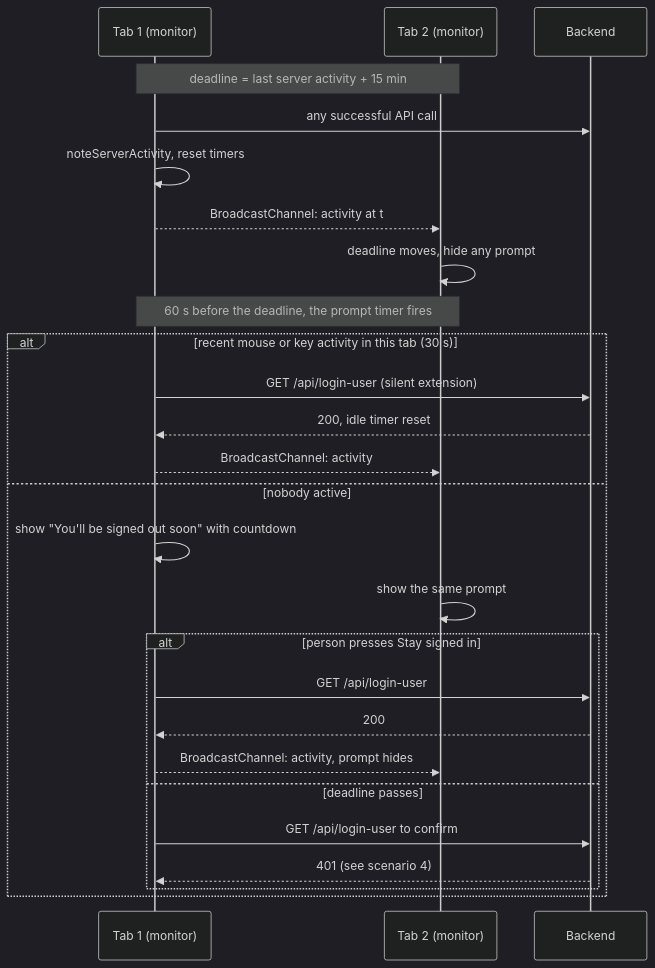
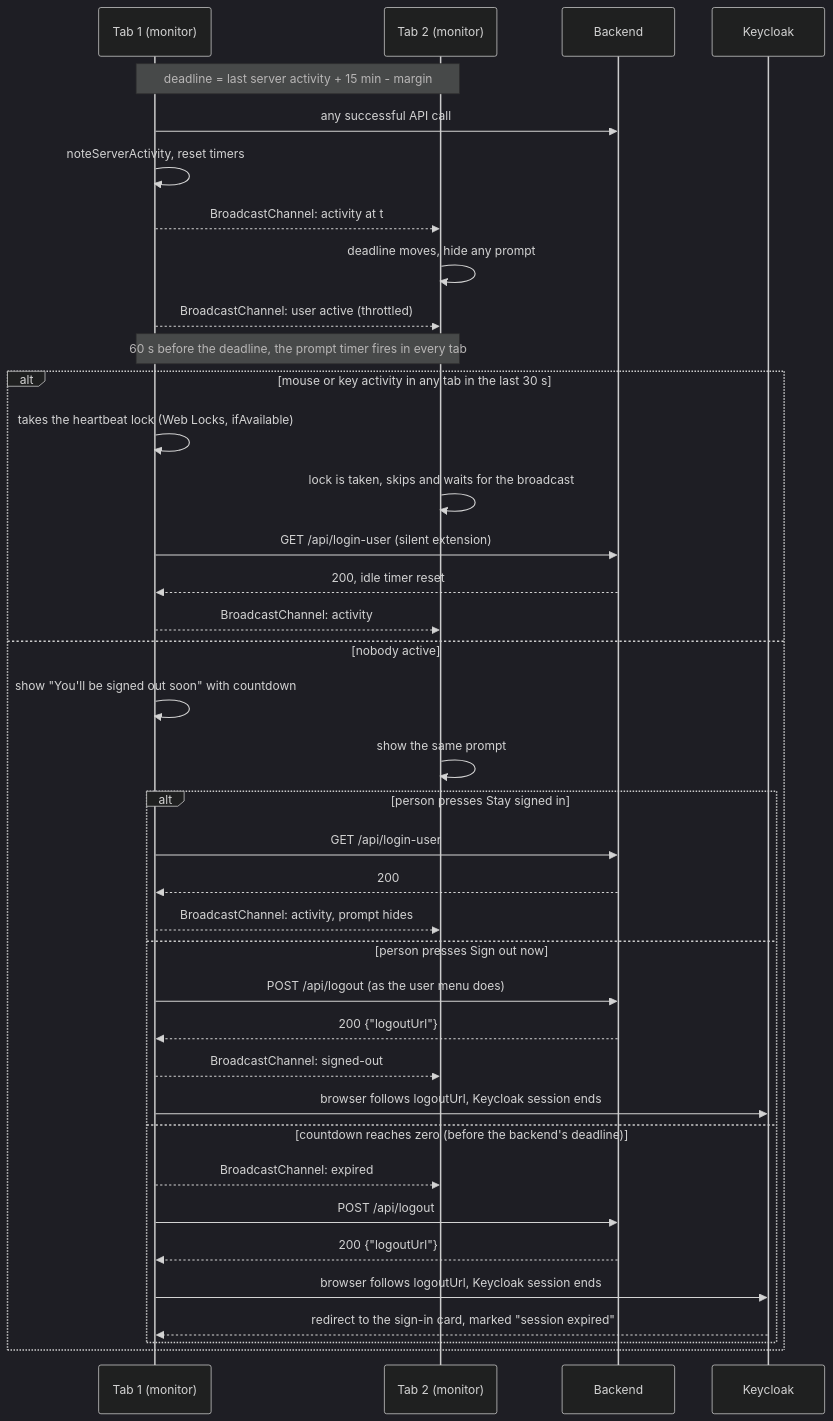
The third of 10 diagrams in docs/system-design/06-runtime-view.md (justin-tay/typescript-react-app-web-frontend-template), drawn with Mermaid (dark theme) before and after one commit. The commit also changed other lines of this file and 12 other files, not shown here.

Commit message:
feat: add Sign out now to the idle warning and sign out at expiry without asking the server

````diff
--- a/docs/system-design/06-runtime-view.md
+++ b/docs/system-design/06-runtime-view.md
@@ -103,29 +103,41 @@
 ```mermaid
 sequenceDiagram
     participant T1 as Tab 1 (monitor)
     participant T2 as Tab 2 (monitor)
     participant B as Backend
+    participant K as Keycloak
 
-    Note over T1,T2: deadline = last server activity + 15 min
+    Note over T1,T2: deadline = last server activity + 15 min - margin
     T1->>B: any successful API call
     T1->>T1: noteServerActivity, reset timers
     T1-->>T2: BroadcastChannel: activity at t
     T2->>T2: deadline moves, hide any prompt
-    Note over T1,T2: 60 s before the deadline, the prompt timer fires
-    alt recent mouse or key activity in this tab (30 s)
+    T1-->>T2: BroadcastChannel: user active (throttled)
+    Note over T1,T2: 60 s before the deadline, the prompt timer fires in every tab
+    alt mouse or key activity in any tab in the last 30 s
+        T1->>T1: takes the heartbeat lock (Web Locks, ifAvailable)
+        T2->>T2: lock is taken, skips and waits for the broadcast
         T1->>B: GET /api/login-user (silent extension)
         B-->>T1: 200, idle timer reset
         T1-->>T2: BroadcastChannel: activity
     else nobody active
         T1->>T1: show "You'll be signed out soon" with countdown
         T2->>T2: show the same prompt
         alt person presses Stay signed in
             T1->>B: GET /api/login-user
             B-->>T1: 200
             T1-->>T2: BroadcastChannel: activity, prompt hides
-        else deadline passes
-            T1->>B: GET /api/login-user to confirm
-            B-->>T1: 401 (see scenario 4)
+        else person presses Sign out now
+            T1->>B: POST /api/logout (as the user menu does)
+            B-->>T1: 200 {"logoutUrl"}
+            T1-->>T2: BroadcastChannel: signed-out
+            T1->>K: browser follows logoutUrl, Keycloak session ends
+        else countdown reaches zero (before the backend's deadline)
+            T1-->>T2: BroadcastChannel: expired
+            T1->>B: POST /api/logout
+            B-->>T1: 200 {"logoutUrl"}
+            T1->>K: browser follows logoutUrl, Keycloak session ends
+            K-->>T1: redirect to the sign-in card, marked "session expired"
         end
     end
 ```
````
